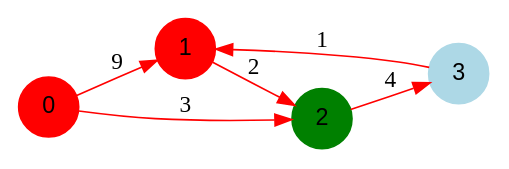
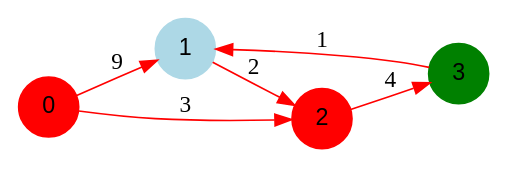
The diagram in programme1/output/dotFiles/graph2/graph2_2.dot (benech17/Shortest-Path), drawn with Graphviz before and after one commit. The commit also changed 37 other files, not shown here.

```diff
--- a/programme1/output/dotFiles/graph2/graph2_2.dot
+++ b/programme1/output/dotFiles/graph2/graph2_2.dot
@@ -1,13 +1,13 @@
 digraph graphe {
 rankdir = LR;
 edge [color=red];
 0 [fontname="Arial", shape = circle, color=red, style=filled];
-1 [fontname="Arial", shape = circle, color=red, style=filled];
-2 [fontname="Arial", shape = circle, color=green, style=filled];
-3 [fontname="Arial", shape = circle, color=lightblue, style=filled];
+1 [fontname="Arial", shape = circle, color=lightblue, style=filled];
+2 [fontname="Arial", shape = circle, color=red, style=filled];
+3 [fontname="Arial", shape = circle, color=green, style=filled];
 	0 -> 1 [label = "9"];
 	0 -> 2 [label = "3"];
 	1 -> 2 [label = "2"];
 	2 -> 3 [label = "4"];
 	3 -> 1 [label = "1"];
 }
```
